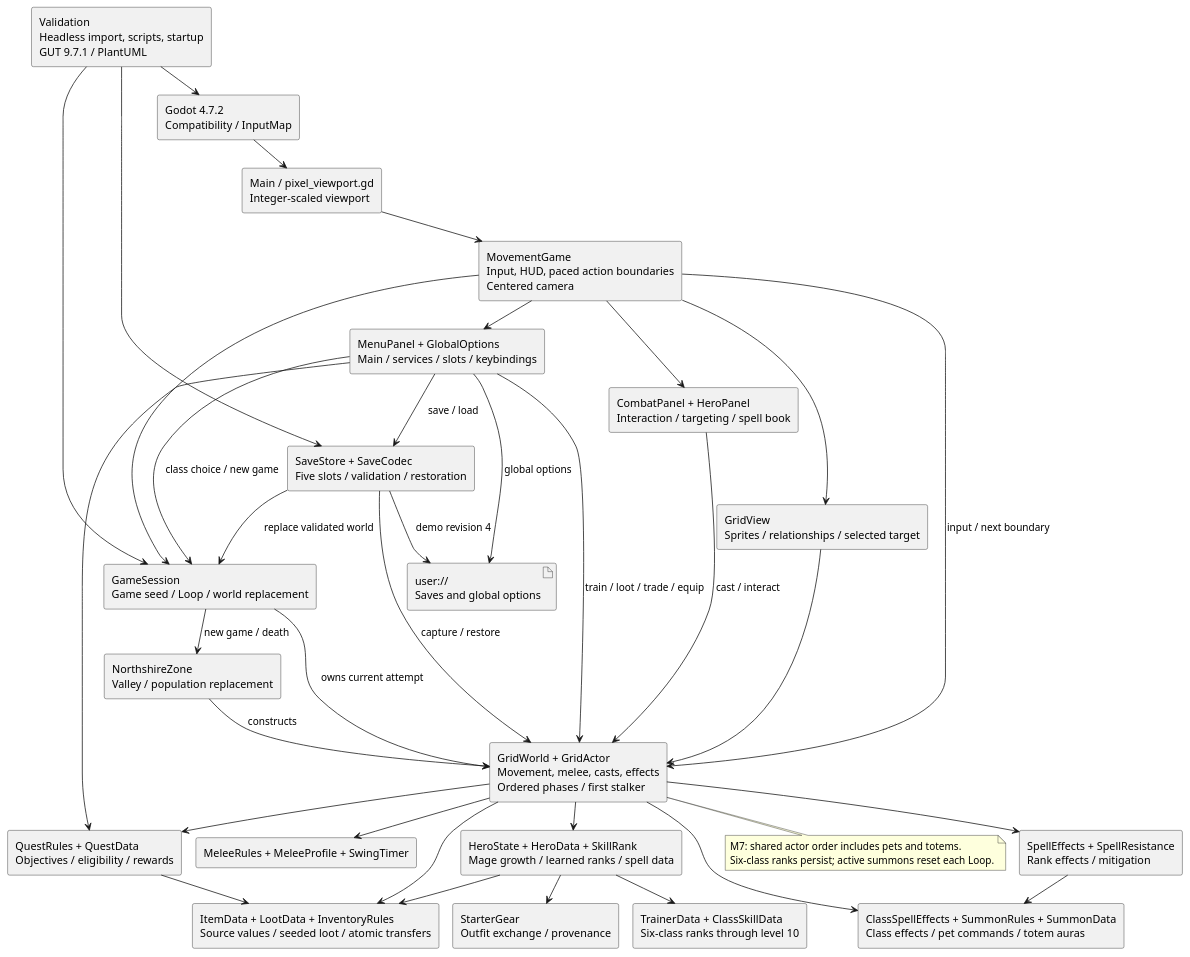
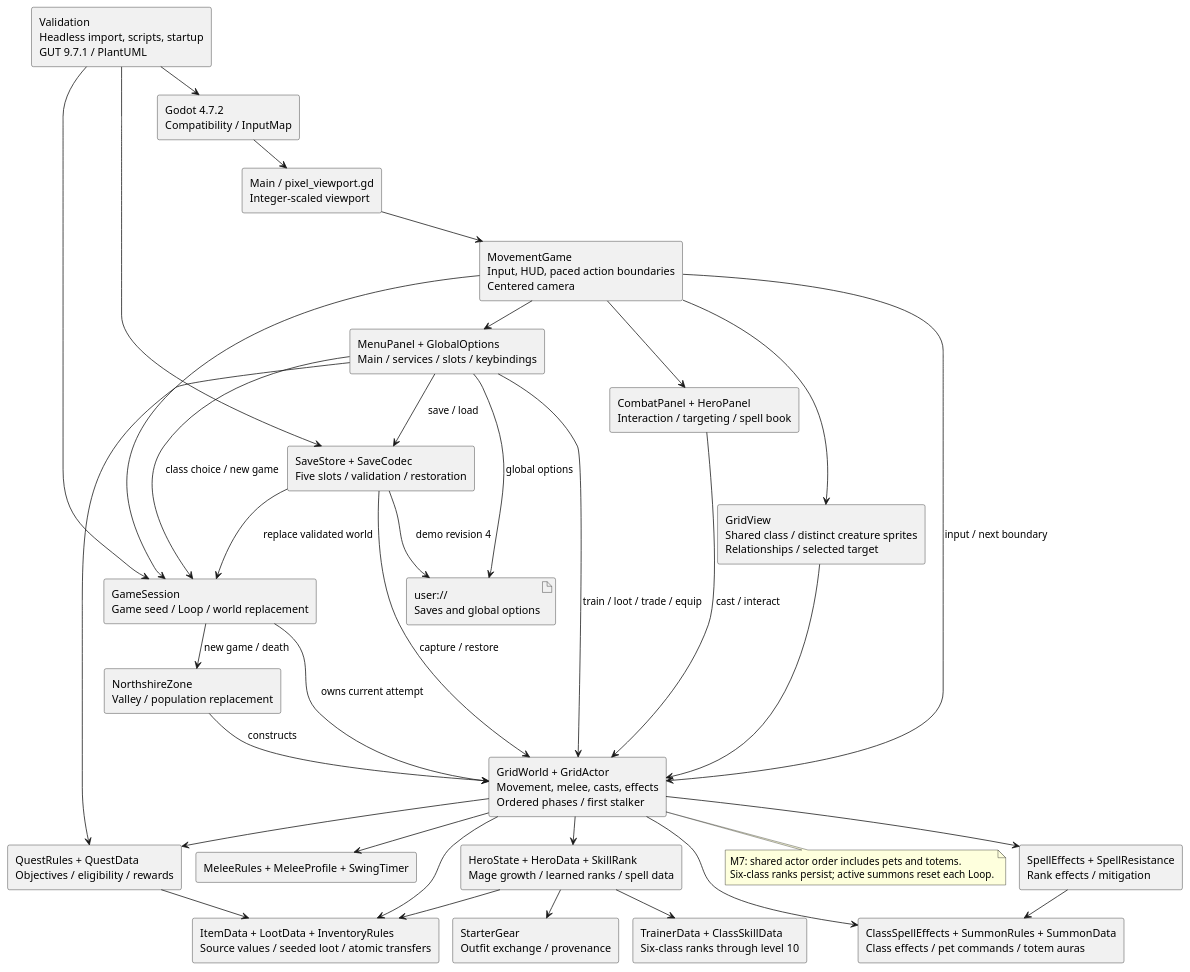
The diagram in docs/architecture/components.puml (VHonzik/Ostinato), drawn with PlantUML before and after one commit. The commit also changed 6 other files, not shown here.

```diff
--- a/docs/architecture/components.puml
+++ b/docs/architecture/components.puml
@@ -1,63 +1,63 @@
 @startuml
 !pragma layout smetana
 skinparam componentStyle rectangle
 skinparam shadowing false
 component "Godot 4.7.2\nCompatibility / InputMap" as Godot
 component "Main / pixel_viewport.gd\nInteger-scaled viewport" as Main
 component "MovementGame\nInput, HUD, paced action boundaries\nCentered camera" as Game
 component "GameSession\nGame seed / Loop / world replacement" as Session
 component "GridWorld + GridActor\nMovement, melee, casts, effects\nOrdered phases / first stalker" as World
 component "NorthshireZone\nValley / population replacement" as Fixture
 component "QuestRules + QuestData\nObjectives / eligibility / rewards" as Quests
 component "HeroState + HeroData + SkillRank\nMage growth / learned ranks / spell data" as Hero
 component "StarterGear\nOutfit exchange / provenance" as Gear
 component "MeleeRules + MeleeProfile + SwingTimer" as Combat
 component "SpellEffects + SpellResistance\nRank effects / mitigation" as Spells
 component "TrainerData + ClassSkillData\nSix-class ranks through level 10" as Training
 component "ClassSpellEffects + SummonRules + SummonData\nClass effects / pet commands / totem auras" as Summons
 component "ItemData + LootData + InventoryRules\nSource values / seeded loot / atomic transfers" as Items
 component "CombatPanel + HeroPanel\nInteraction / targeting / spell book" as Panels
 component "MenuPanel + GlobalOptions\nMain / services / slots / keybindings" as Menu
 component "SaveStore + SaveCodec\nFive slots / validation / restoration" as Saves
-component "GridView\nSprites / relationships / selected target" as View
+component "GridView\nShared class / distinct creature sprites\nRelationships / selected target" as View
 component "Validation\nHeadless import, scripts, startup\nGUT 9.7.1 / PlantUML" as Tests
 artifact "user://\nSaves and global options" as Files
 Godot --> Main
 Main --> Game
 Game --> Session
 Session --> Fixture : new game / death
 Fixture --> World : constructs
 Session --> World : owns current attempt
 Game --> World : input / next boundary
 World --> Hero
 Hero --> Gear
 World --> Combat
 World --> Spells
 World --> Summons
 Spells --> Summons
 World --> Items
 World --> Quests
 Menu --> Quests
 Quests --> Items
 Hero --> Items
 Hero --> Training
 Menu --> World : train / loot / trade / equip
 Game --> Panels
 Panels --> World : cast / interact
 Game --> Menu
 Menu --> Session : class choice / new game
 Menu --> Saves : save / load
 Saves --> Session : replace validated world
 Saves --> World : capture / restore
 Menu --> Files : global options
 Saves --> Files : demo revision 4
 Game --> View
 View --> World
 Tests --> Godot
 Tests --> Session
 Tests --> Saves
 note bottom of World
 M7: shared actor order includes pets and totems.
 Six-class ranks persist; active summons reset each Loop.
 end note
 @enduml
```
